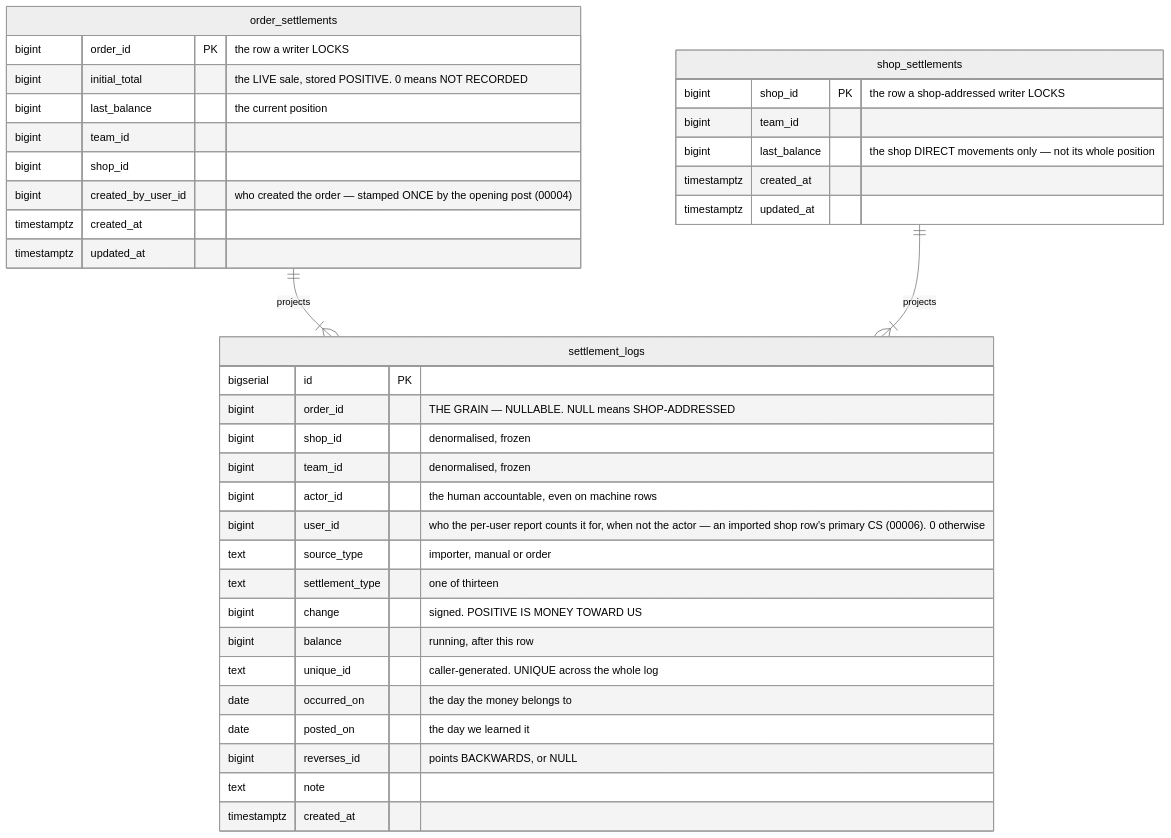
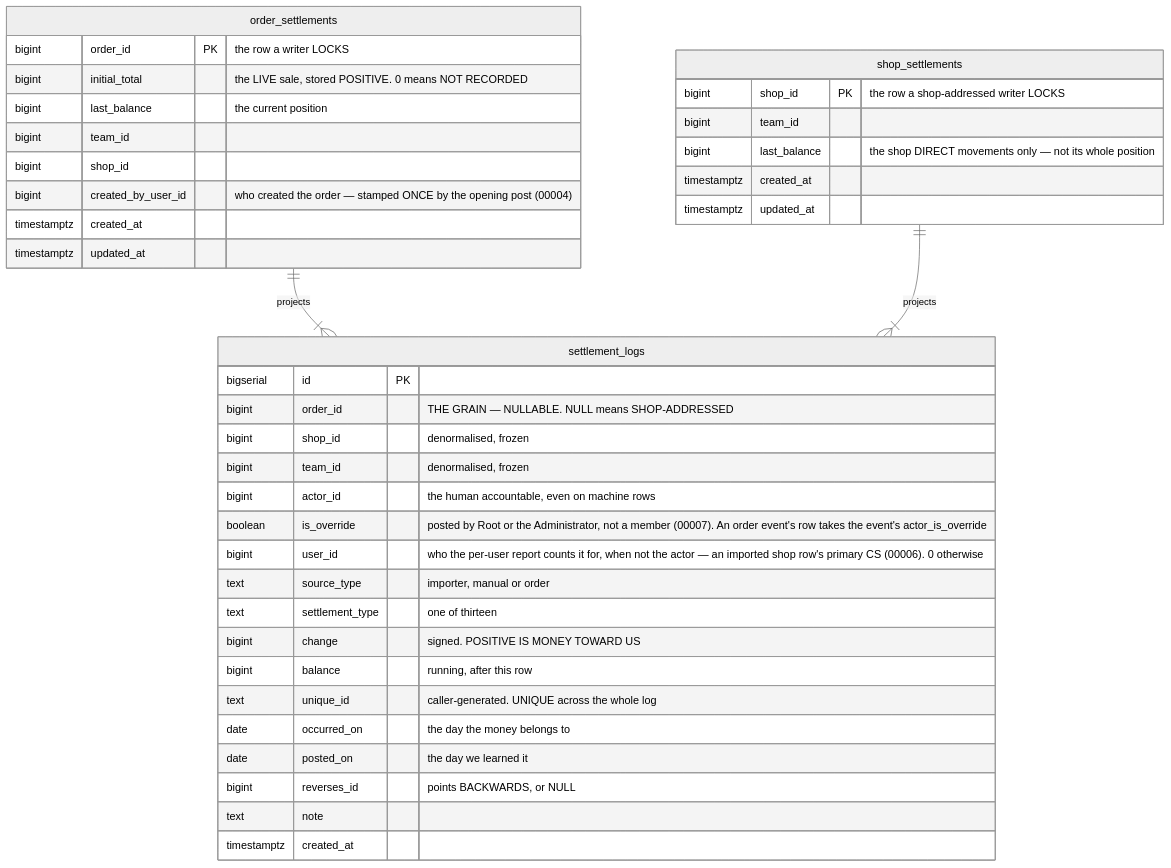
Diagram 15 of 20 in docs/database-schema.md (pdcgo/warehouse_revamp), drawn with Mermaid (neutral theme) before and after one commit. The commit also changed other lines of this file and 703 other files, not shown here.

````diff
--- a/docs/database-schema.md
+++ b/docs/database-schema.md
@@ -1593,43 +1742,44 @@
 ```mermaid
 erDiagram
   settlement_logs {
     bigserial id PK
     bigint order_id "THE GRAIN — NULLABLE. NULL means SHOP-ADDRESSED"
     bigint shop_id "denormalised, frozen"
     bigint team_id "denormalised, frozen"
     bigint actor_id "the human accountable, even on machine rows"
+    boolean is_override "posted by Root or the Administrator, not a member (00007). An order event's row takes the event's actor_is_override"
     bigint user_id "who the per-user report counts it for, when not the actor — an imported shop row's primary CS (00006). 0 otherwise"
     text source_type "importer, manual or order"
     text settlement_type "one of thirteen"
     bigint change "signed. POSITIVE IS MONEY TOWARD US"
     bigint balance "running, after this row"
     text unique_id "caller-generated. UNIQUE across the whole log"
     date occurred_on "the day the money belongs to"
     date posted_on "the day we learned it"
     bigint reverses_id "points BACKWARDS, or NULL"
     text note
     timestamptz created_at
   }
 
   order_settlements {
     bigint order_id PK "the row a writer LOCKS"
     bigint initial_total "the LIVE sale, stored POSITIVE. 0 means NOT RECORDED"
     bigint last_balance "the current position"
     bigint team_id
     bigint shop_id
     bigint created_by_user_id "who created the order — stamped ONCE by the opening post (00004)"
     timestamptz created_at
     timestamptz updated_at
   }
 
   shop_settlements {
     bigint shop_id PK "the row a shop-addressed writer LOCKS"
     bigint team_id
     bigint last_balance "the shop DIRECT movements only — not its whole position"
     timestamptz created_at
     timestamptz updated_at
   }
 
   order_settlements ||--|{ settlement_logs : projects
   shop_settlements ||--|{ settlement_logs : projects
 ```
````
